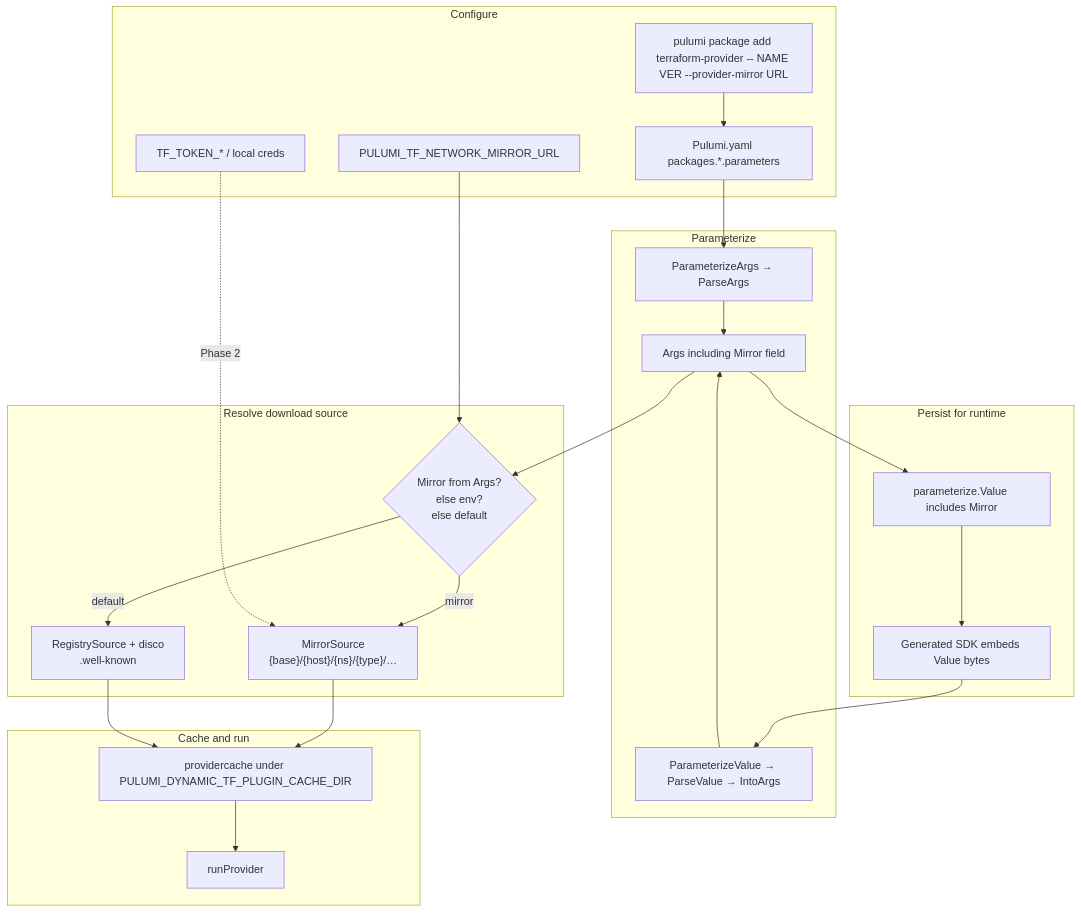
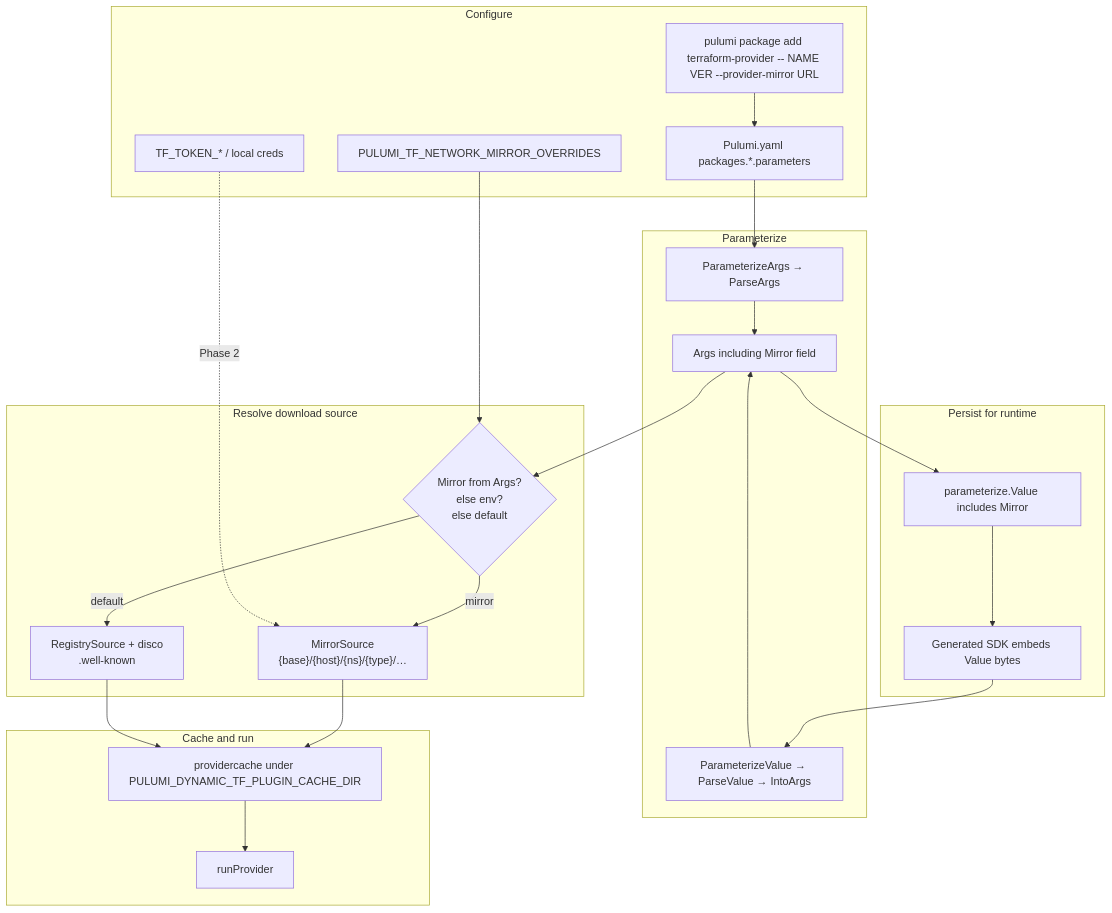
Before and after one commit to pulumi/pulumi-terraform-bridge: the diagram in docs/superpowers/specs/2026-07-23-network-mirror-design.md, drawn with Mermaid. The commit also changed other lines of this file, not shown here.

Commit message:
drop single mirror in favor of overrides + negative / exclude pattern

````diff
--- a/docs/superpowers/specs/2026-07-23-network-mirror-design.md
+++ b/docs/superpowers/specs/2026-07-23-network-mirror-design.md
@@ -269,47 +270,47 @@
 ```mermaid
 flowchart TD
   subgraph configure [Configure]
     CLI["pulumi package add terraform-provider -- NAME VER --provider-mirror URL"]
     YAML["Pulumi.yaml packages.*.parameters"]
-    ENV["PULUMI_TF_NETWORK_MIRROR_URL"]
+    ENV["PULUMI_TF_NETWORK_MIRROR_OVERRIDES"]
     TOKEN["TF_TOKEN_* / local creds"]
   end
 
   subgraph parameterize [Parameterize]
     ARGS["ParameterizeArgs → ParseArgs"]
     VAL["ParameterizeValue → ParseValue → IntoArgs"]
     MERGE["Args including Mirror field"]
   end
 
   subgraph resolve [Resolve download source]
     PREC{"Mirror from Args?\nelse env?\nelse default"}
     MS["MirrorSource\n{base}/{host}/{ns}/{type}/…"]
     REG["RegistrySource + disco\n.well-known"]
   end
 
   subgraph cache [Cache and run]
     CACHE["providercache under PULUMI_DYNAMIC_TF_PLUGIN_CACHE_DIR"]
     RUN["runProvider"]
   end
 
   subgraph embed [Persist for runtime]
     VALUE["parameterize.Value includes Mirror"]
     SDK["Generated SDK embeds Value bytes"]
   end
 
   CLI --> YAML
   YAML --> ARGS
   SDK --> VAL
   ARGS --> MERGE
   VAL --> MERGE
   ENV --> PREC
   MERGE --> PREC
   PREC -->|mirror| MS
   PREC -->|default| REG
   TOKEN -.->|Phase 2| MS
   MS --> CACHE
   REG --> CACHE
   CACHE --> RUN
   MERGE --> VALUE
   VALUE --> SDK
 ```
````
